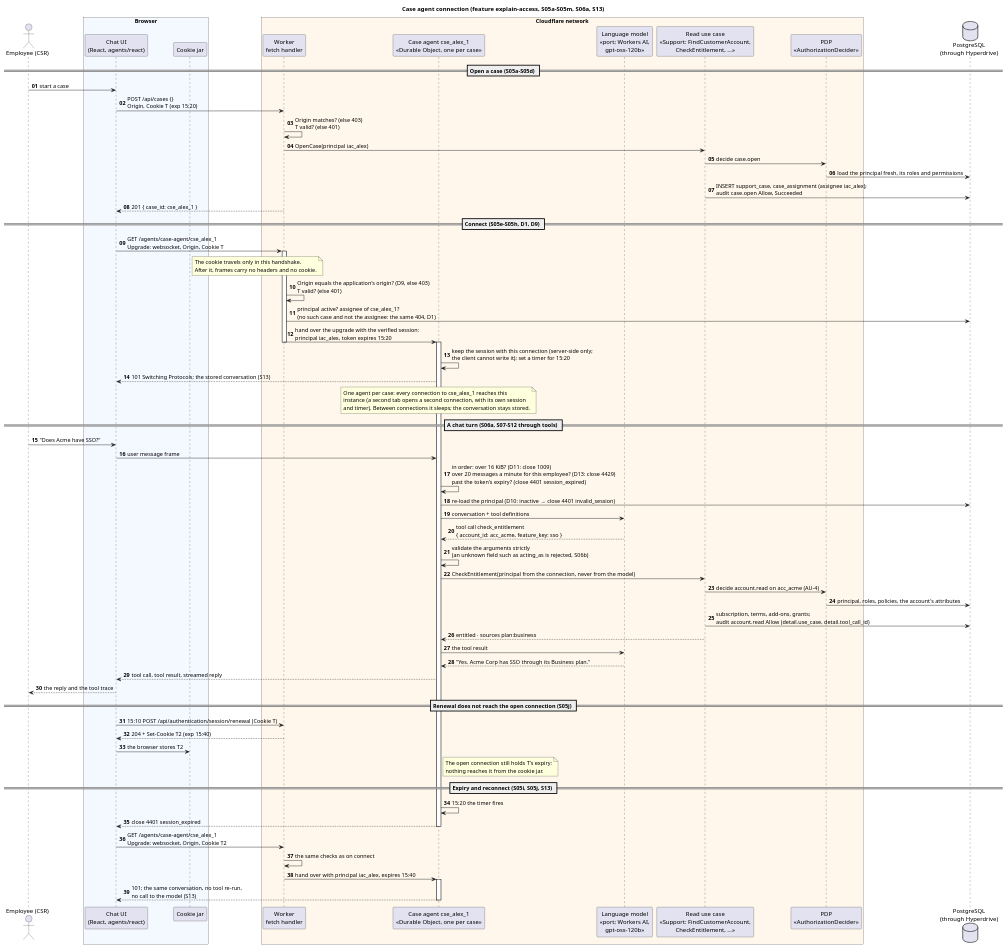
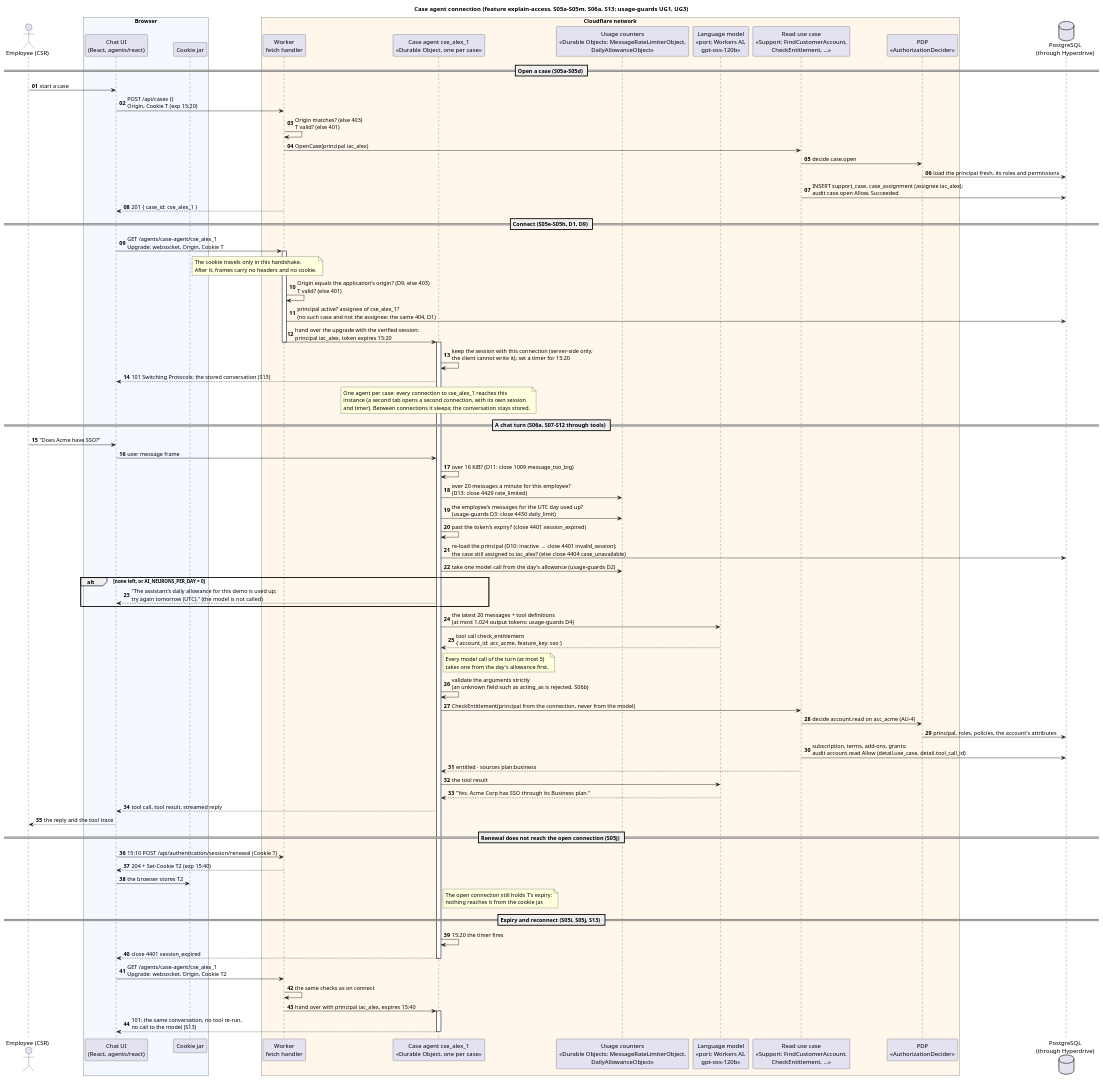
Before and after one commit to bitscrafter/entitlement-assistant-lab: the diagram in tech-docs/diagrams/agent-connection.sequence.puml, drawn with PlantUML. The commit also changed 14 other files, not shown here.

```diff
--- a/tech-docs/diagrams/agent-connection.sequence.puml
+++ b/tech-docs/diagrams/agent-connection.sequence.puml
@@ -1,98 +1,110 @@
 @startuml agent-connection
-title Case agent connection (feature explain-access, S05a–S05m, S06a, S13)
+title Case agent connection (feature explain-access, S05a–S05m, S06a, S13; usage-guards UG1, UG3)
 
 skinparam sequenceMessageAlign left
 skinparam responseMessageBelowArrow true
 autonumber "<b>00"
 
 actor "Employee (CSR)" as employee
 
 box "Browser" #F4F8FF
   participant "Chat UI\n(React, agents/react)" as ui
   participant "Cookie jar" as jar
 end box
 
 box "Cloudflare network" #FFF7EC
   participant "Worker\nfetch handler" as worker
   participant "Case agent cse_alex_1\n«Durable Object, one per case»" as agent
+  participant "Usage counters\n«Durable Objects: MessageRateLimiterObject,\nDailyAllowanceObject»" as counters
   participant "Language model\n«port; Workers AI,\ngpt-oss-120b»" as model
   participant "Read use case\n«Support: FindCustomerAccount,\nCheckEntitlement, …»" as usecase
   participant "PDP\n«AuthorizationDecider»" as pdp
 end box
 
 database "PostgreSQL\n(through Hyperdrive)" as postgres
 
 == Open a case (S05a–S05d) ==
 
 employee -> ui : start a case
 ui -> worker : POST /api/cases {}\nOrigin, Cookie T (exp 15:20)
 worker -> worker : Origin matches? (else 403)\nT valid? (else 401)
 worker -> usecase : OpenCase(principal iac_alex)
 usecase -> pdp : decide case.open
 pdp -> postgres : load the principal fresh, its roles and permissions
 usecase -> postgres : INSERT support_case, case_assignment (assignee iac_alex);\naudit case.open Allow, Succeeded
 worker --> ui : 201 { case_id: cse_alex_1 }
 
 == Connect (S05e–S05h, D1, D9) ==
 
 ui -> worker : GET /agents/case-agent/cse_alex_1\nUpgrade: websocket, Origin, Cookie T
 activate worker
 note right of jar
   The cookie travels only in this handshake.
   After it, frames carry no headers and no cookie.
 end note
 worker -> worker : Origin equals the application's origin? (D9, else 403)\nT valid? (else 401)
 worker -> postgres : principal active? assignee of cse_alex_1?\n(no such case and not the assignee: the same 404, D1)
 worker -> agent : hand over the upgrade with the verified session:\nprincipal iac_alex, token expires 15:20
 deactivate worker
 activate agent
 agent -> agent : keep the session with this connection (server-side only;\nthe client cannot write it); set a timer for 15:20
 agent --> ui : 101 Switching Protocols; the stored conversation (S13)
 note over agent
   One agent per case: every connection to cse_alex_1 reaches this
   instance (a second tab opens a second connection, with its own session
   and timer). Between connections it sleeps; the conversation stays stored.
 end note
 
 == A chat turn (S06a, S07–S12 through tools) ==
 
 employee -> ui : "Does Acme have SSO?"
 ui -> agent : user message frame
-agent -> agent : in order: over 16 KiB? (D11: close 1009)\nover 20 messages a minute for this employee? (D13: close 4429)\npast the token's expiry? (close 4401 session_expired)
-agent -> postgres : re-load the principal (D10: inactive → close 4401 invalid_session)
-agent -> model : conversation + tool definitions
+agent -> agent : over 16 KiB? (D11: close 1009 message_too_big)
+agent -> counters : over 20 messages a minute for this employee?\n(D13: close 4429 rate_limited)
+agent -> counters : the employee's messages for the UTC day used up?\n(usage-guards D3: close 4430 daily_limit)
+agent -> agent : past the token's expiry? (close 4401 session_expired)
+agent -> postgres : re-load the principal (D10: inactive → close 4401 invalid_session);\nthe case still assigned to iac_alex? (else close 4404 case_unavailable)
+agent -> counters : take one model call from the day's allowance (usage-guards D2)
+alt none left, or AI_NEURONS_PER_DAY = 0
+  agent --> ui : "The assistant's daily allowance for this demo is used up;\ntry again tomorrow (UTC)." (the model is not called)
+end
+agent -> model : the latest 20 messages + tool definitions\n(at most 1,024 output tokens; usage-guards D4)
 model --> agent : tool call check_entitlement\n{ account_id: acc_acme, feature_key: sso }
+note right of agent
+  Every model call of the turn (at most 5)
+  takes one from the day's allowance first.
+end note
 agent -> agent : validate the arguments strictly\n(an unknown field such as acting_as is rejected, S06b)
 agent -> usecase : CheckEntitlement(principal from the connection, never from the model)
 usecase -> pdp : decide account.read on acc_acme (AU-4)
 pdp -> postgres : principal, roles, policies, the account's attributes
 usecase -> postgres : subscription, terms, add-ons, grants;\naudit account.read Allow (detail.use_case, detail.tool_call_id)
 usecase --> agent : entitled · sources plan:business
 agent -> model : the tool result
 model --> agent : "Yes. Acme Corp has SSO through its Business plan."
 agent --> ui : tool call, tool result, streamed reply
 ui --> employee : the reply and the tool trace
 
 == Renewal does not reach the open connection (S05j) ==
 
 ui -> worker : 15:10 POST /api/authentication/session/renewal (Cookie T)
 worker --> ui : 204 + Set-Cookie T2 (exp 15:40)
 ui -> jar : the browser stores T2
 note right of agent
   The open connection still holds T's expiry:
   nothing reaches it from the cookie jar.
 end note
 
 == Expiry and reconnect (S05i, S05j, S13) ==
 
 agent -> agent : 15:20 the timer fires
 agent --> ui : close 4401 session_expired
 deactivate agent
 ui -> worker : GET /agents/case-agent/cse_alex_1\nUpgrade: websocket, Origin, Cookie T2
 worker -> worker : the same checks as on connect
 worker -> agent : hand over with principal iac_alex, expires 15:40
 activate agent
 agent --> ui : 101; the same conversation, no tool re-run,\nno call to the model (S13)
 deactivate agent
 
 @enduml
```
